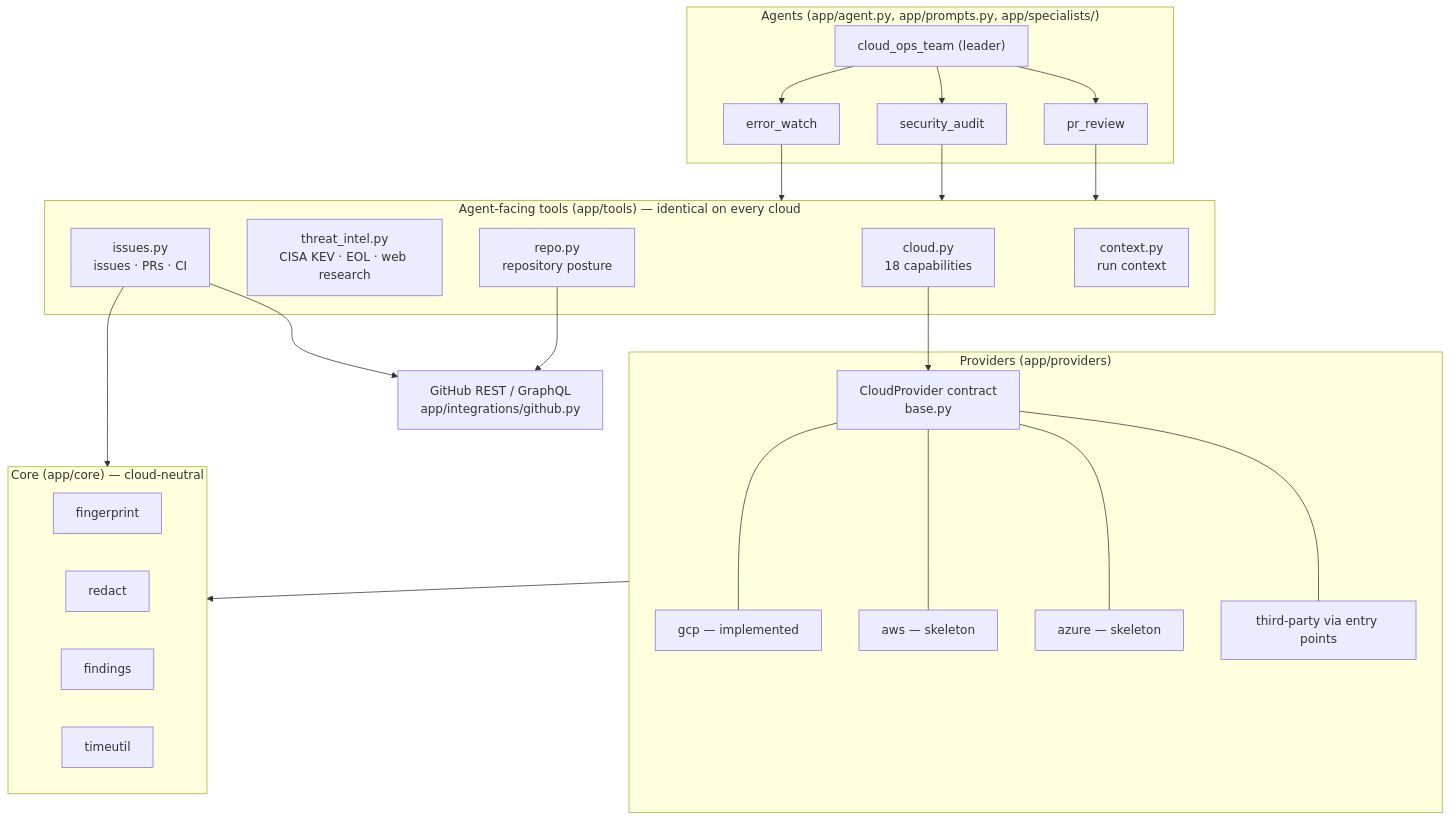
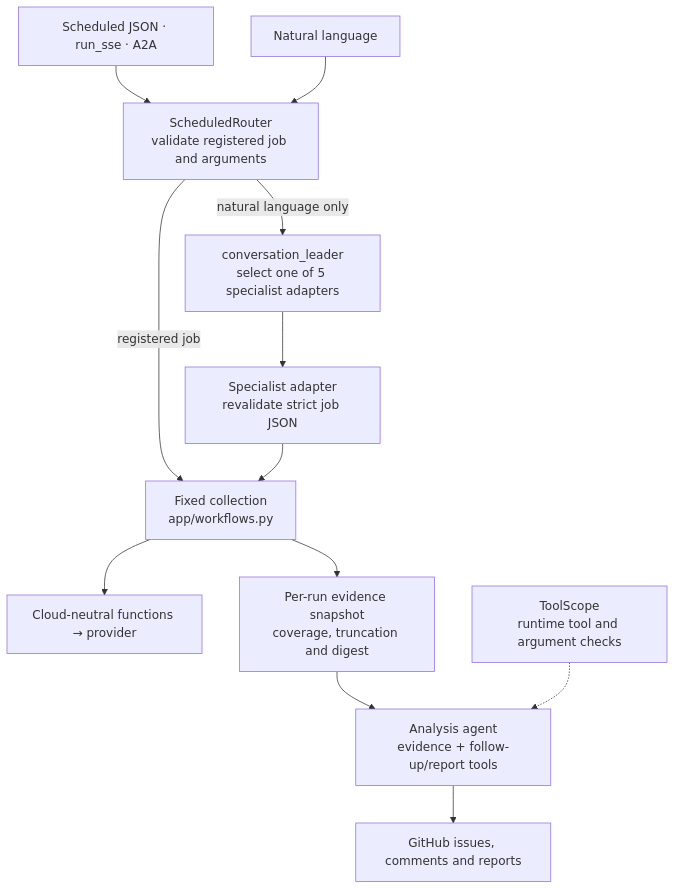
Before and after one commit to atsuki-sakai/cloud-ops-team: the second of 4 diagrams in docs/en/architecture.md, drawn with Mermaid. The commit also changed other lines of this file and 61 other files, not shown here.

````diff
--- a/docs/en/architecture.md
+++ b/docs/en/architecture.md
@@ -42,37 +45,14 @@
 ```mermaid
 flowchart TB
-    subgraph Agents["Agents (app/agent.py, app/prompts.py, app/specialists/)"]
-        ROOT["cloud_ops_team (leader)"]
-        EW["error_watch"]
-        SA["security_audit"]
-        PR["pr_review"]
-        ROOT --> EW & SA & PR
-    end
-    subgraph Tools["Agent-facing tools (app/tools) — identical on every cloud"]
-        CLOUD["cloud.py<br/>18 capabilities"]
-        TI["threat_intel.py<br/>CISA KEV · EOL · web research"]
-        REPO["repo.py<br/>repository posture"]
-        ISS["issues.py<br/>issues · PRs · CI"]
-        CTX["context.py<br/>run context"]
-    end
-    subgraph Providers["Providers (app/providers)"]
-        BASE["CloudProvider contract<br/>base.py"]
-        GCP["gcp — implemented"]
-        AWS["aws — skeleton"]
-        AZ["azure — skeleton"]
-        EXT["third-party via entry points"]
-        BASE --- GCP & AWS & AZ & EXT
-    end
-    subgraph Core["Core (app/core) — cloud-neutral"]
-        FP["fingerprint"]
-        RD["redact"]
-        FD["findings"]
-        TU["timeutil"]
-    end
-    GH["GitHub REST / GraphQL<br/>app/integrations/github.py"]
-    EW & SA & PR --> Tools
-    CLOUD --> BASE
-    ISS & REPO --> GH
-    Providers --> Core
-    ISS --> Core
+    JSON["Scheduled JSON · run_sse · A2A"] --> R["ScheduledRouter<br/>validate registered job and arguments"]
+    NL["Natural language"] --> R
+    R -->|"natural language only"| L["conversation_leader<br/>select one of 5 specialist adapters"]
+    L --> D["Specialist adapter<br/>revalidate strict job JSON"]
+    R -->|"registered job"| W["Fixed collection<br/>app/workflows.py"]
+    D --> W
+    W --> P["Cloud-neutral functions → provider"]
+    W --> E["Per-run evidence snapshot<br/>coverage, truncation and digest"]
+    E --> A["Analysis agent<br/>evidence + follow-up/report tools"]
+    B["ToolScope<br/>runtime tool and argument checks"] -.-> A
+    A --> G["GitHub issues, comments and reports"]
 ```
````
